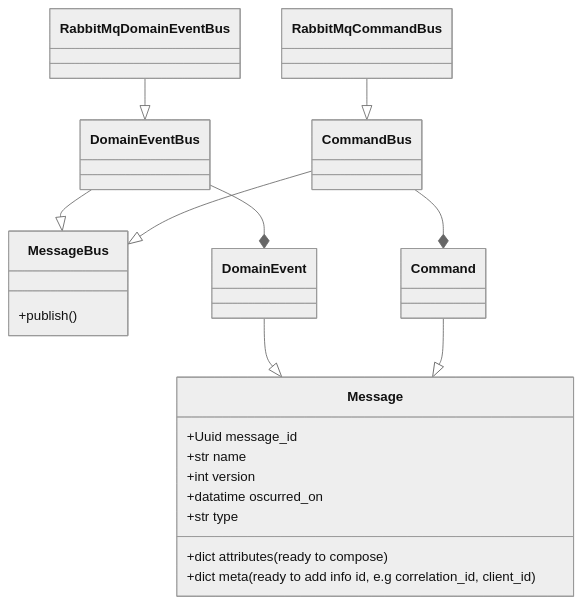
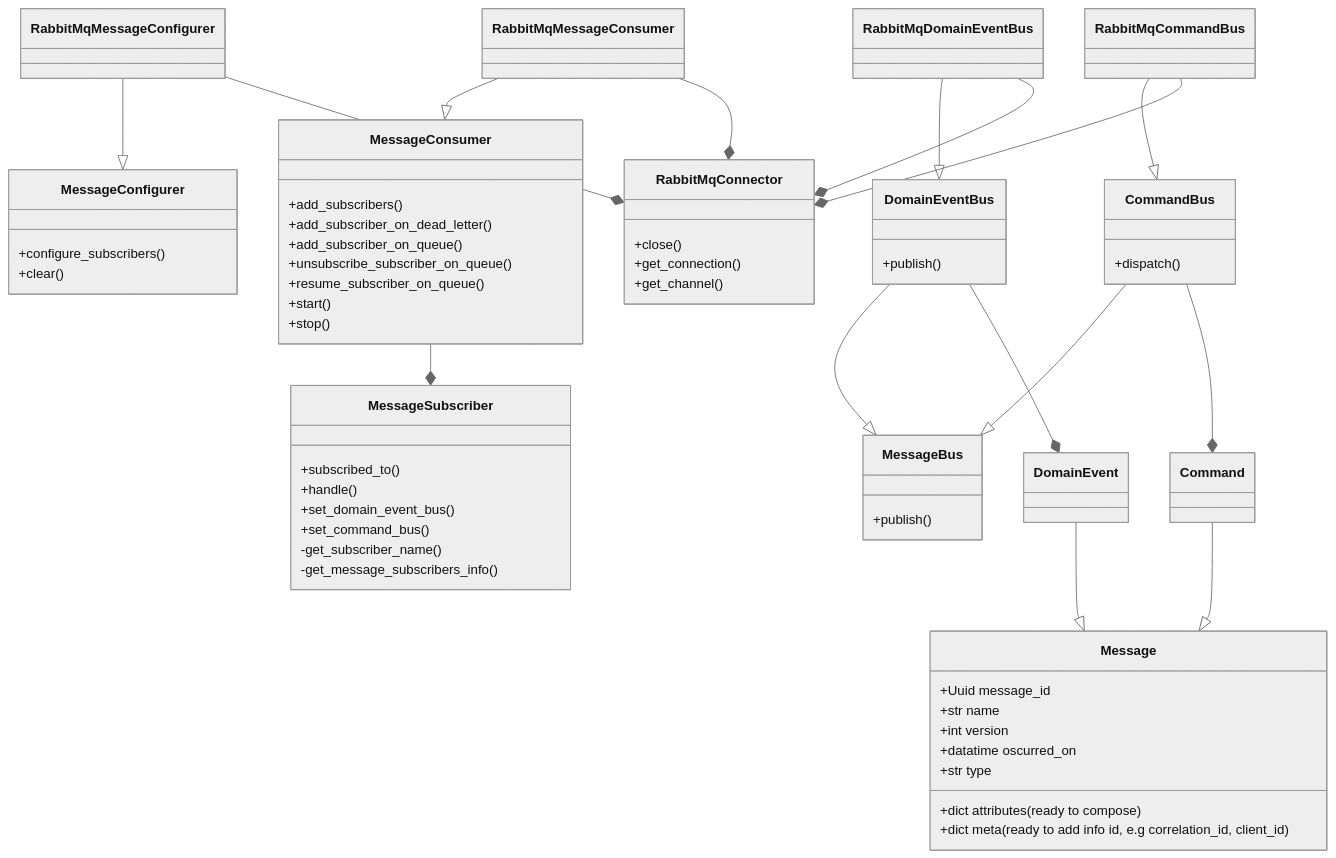
One commit to alice-biometrics/petisco changed the second of 4 diagrams in doc/message_broker/MessageBroker.md. Above: the diagram before and after it, drawn with Mermaid (neutral theme). The commit also changed other lines of this file, not shown here.

````diff
--- a/doc/message_broker/MessageBroker.md
+++ b/doc/message_broker/MessageBroker.md
@@ -215,26 +218,66 @@
 ```mermaid
 classDiagram
+		class RabbitMqConnector
+		RabbitMqConnector: +close()
+		RabbitMqConnector: +get_connection()
+		RabbitMqConnector: +get_channel()
+
+		class MessageConfigurer
+		MessageConfigurer: +configure_subscribers()
+		MessageConfigurer: +clear()
+
+		class MessageConsumer
+		MessageConsumer: +add_subscribers()
+		MessageConsumer: +add_subscriber_on_dead_letter()
+		MessageConsumer: +add_subscriber_on_queue()
+		MessageConsumer: +unsubscribe_subscriber_on_queue()
+		MessageConsumer: +resume_subscriber_on_queue()
+		MessageConsumer: +start()
+		MessageConsumer: +stop()
+
+		class MessageSubscriber
+		MessageSubscriber: +subscribed_to()
+		MessageSubscriber: +handle()
+		MessageSubscriber: +set_domain_event_bus()
+		MessageSubscriber: +set_command_bus()
+		MessageSubscriber: -get_subscriber_name()
+		MessageSubscriber: -get_message_subscribers_info()
+
     class Message
     Message : +Uuid message_id
     Message : +str name
     Message : +int version
     Message : +datatime oscurred_on
     Message : +dict attributes (ready to compose) 
     Message : +dict meta (ready to add info id, e.g correlation_id, client_id)
     Message: +str type
    
     class MessageBus
     MessageBus : +publish()
 
+		class DomainEventBus
+    DomainEventBus : +publish()
+
+		class CommandBus
+    CommandBus : +dispatch()
+
     DomainEvent --|> Message 
     Command --|> Message 
    
     DomainEventBus --|> MessageBus 
     CommandBus --|> MessageBus 
    
     DomainEventBus --* DomainEvent 
     CommandBus --* Command 
-    
+    MessageConsumer --* MessageSubscriber 
+  
+		RabbitMqMessageConfigurer --|> MessageConfigurer
+    RabbitMqMessageConsumer --|> MessageConsumer
     RabbitMqDomainEventBus --|> DomainEventBus 
-    RabbitMqCommandBus --|> CommandBus 
+    RabbitMqCommandBus --|> CommandBus
+
+		RabbitMqMessageConfigurer --* RabbitMqConnector 
+    RabbitMqMessageConsumer --* RabbitMqConnector 
+    RabbitMqDomainEventBus --* RabbitMqConnector 
+    RabbitMqCommandBus --* RabbitMqConnector 
 ```
````
